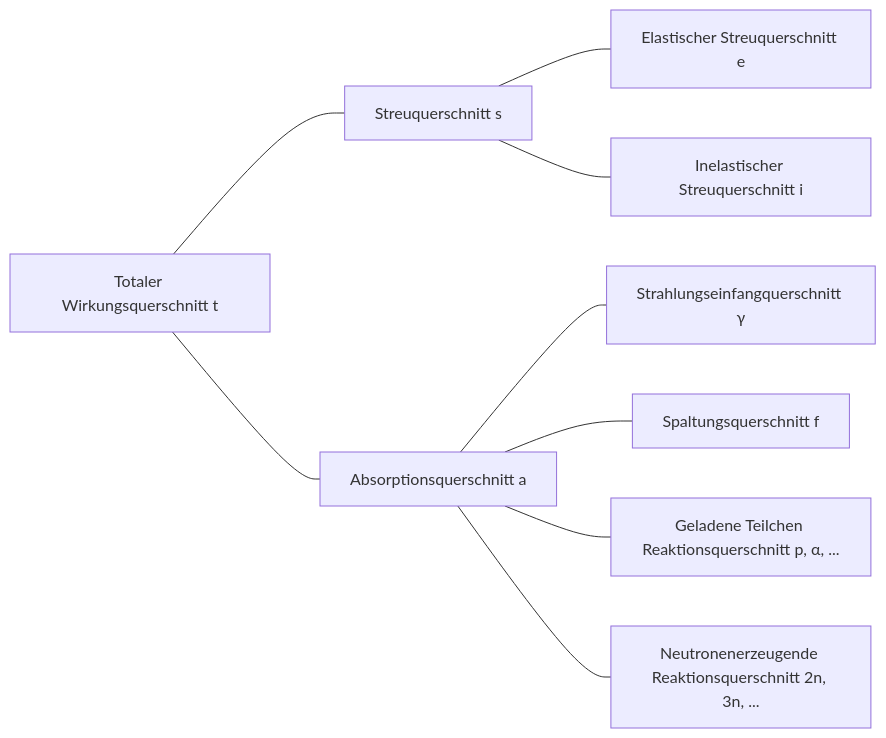
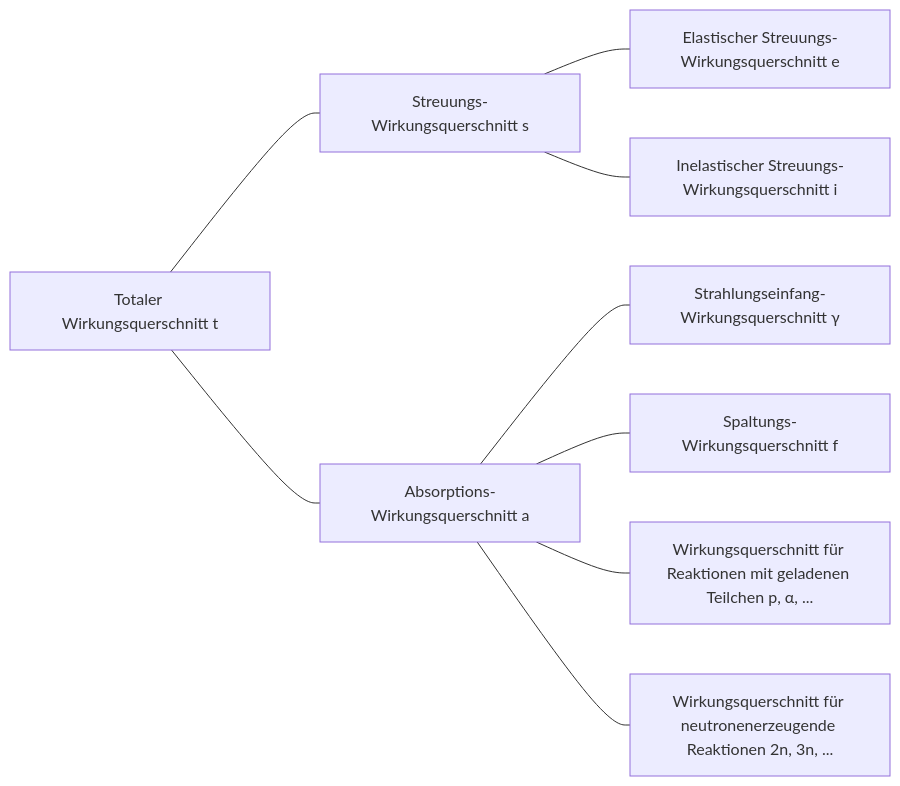
Before and after one commit to yunseo-kim/yunseo-kim.github.io: the diagram in _posts/de/2022-03-19-Neutron-Interactions-and-Cross-sections.md, drawn with Mermaid. The commit also changed other lines of this file and 8 other files, not shown here.

````diff
--- a/_posts/de/2022-03-19-Neutron-Interactions-and-Cross-sections.md
+++ b/_posts/de/2022-03-19-Neutron-Interactions-and-Cross-sections.md
@@ -78,13 +44,13 @@
 ```mermaid
 flowchart LR
-	total["Totaler Wirkungsquerschnitt t"] --- s["Streuquerschnitt s"]
-	total --- a["Absorptionsquerschnitt a"]
+	total["Totaler Wirkungsquerschnitt t"] --- s["Streuungs-Wirkungsquerschnitt s"]
+	total --- a["Absorptions-Wirkungsquerschnitt a"]
 
-	s --- e["Elastischer Streuquerschnitt e"]
-	s --- i["Inelastischer Streuquerschnitt i"]
+	s --- e["Elastischer Streuungs-Wirkungsquerschnitt e"]
+	s --- i["Inelastischer Streuungs-Wirkungsquerschnitt i"]
 
-	a --- gamma["Strahlungseinfangquerschnitt γ"]
-	a --- f["Spaltungsquerschnitt f"]
-	a --- p["Geladene Teilchen Reaktionsquerschnitt p, α, ..."]
-	a --- n["Neutronenerzeugende Reaktionsquerschnitt 2n, 3n, ..."]
+	a --- gamma["Strahlungseinfang-Wirkungsquerschnitt γ"]
+	a --- f["Spaltungs-Wirkungsquerschnitt f"]
+	a --- p["Wirkungsquerschnitt für Reaktionen mit geladenen Teilchen p, α, ..."]
+	a --- n["Wirkungsquerschnitt für neutronenerzeugende Reaktionen 2n, 3n, ..."]
 ```
````
